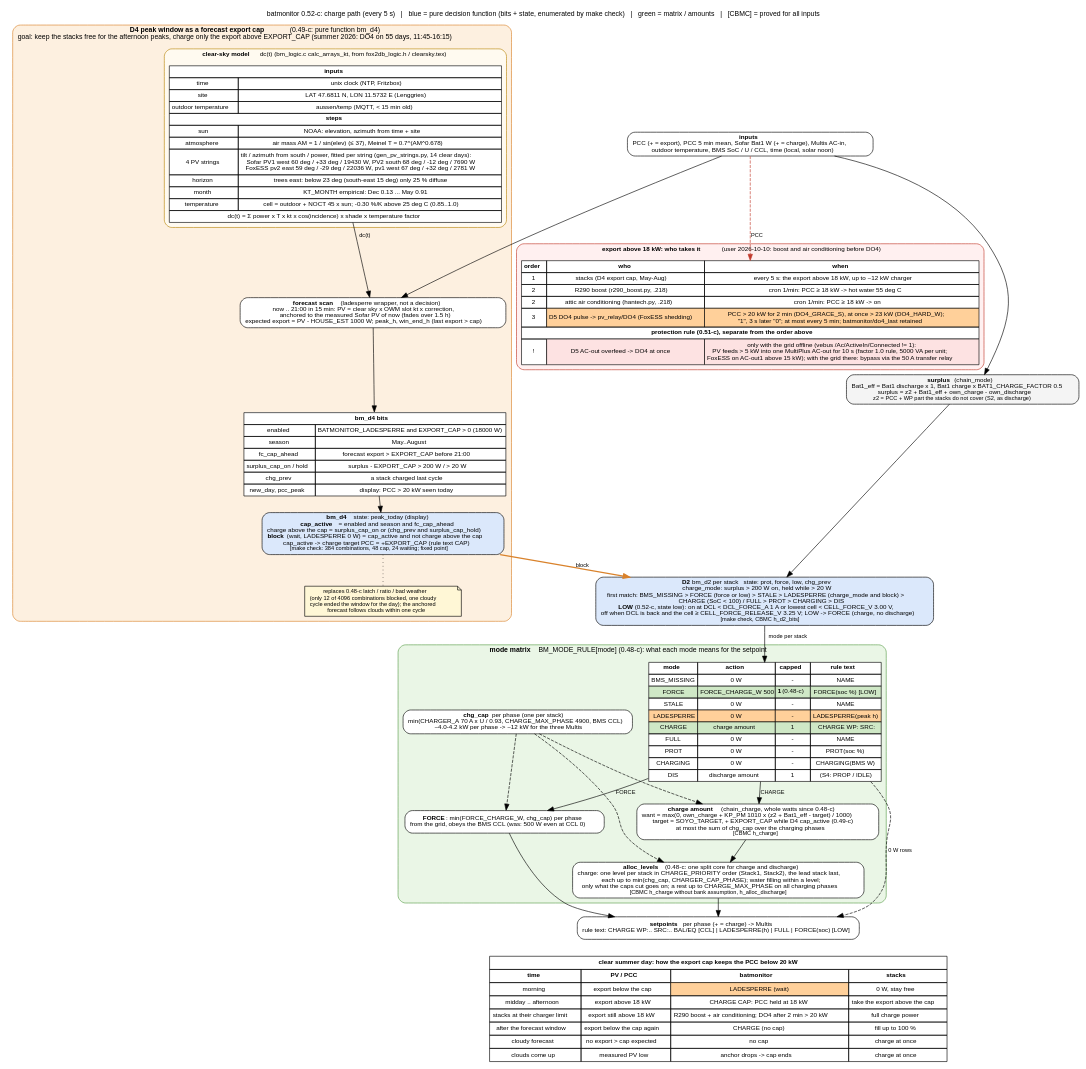
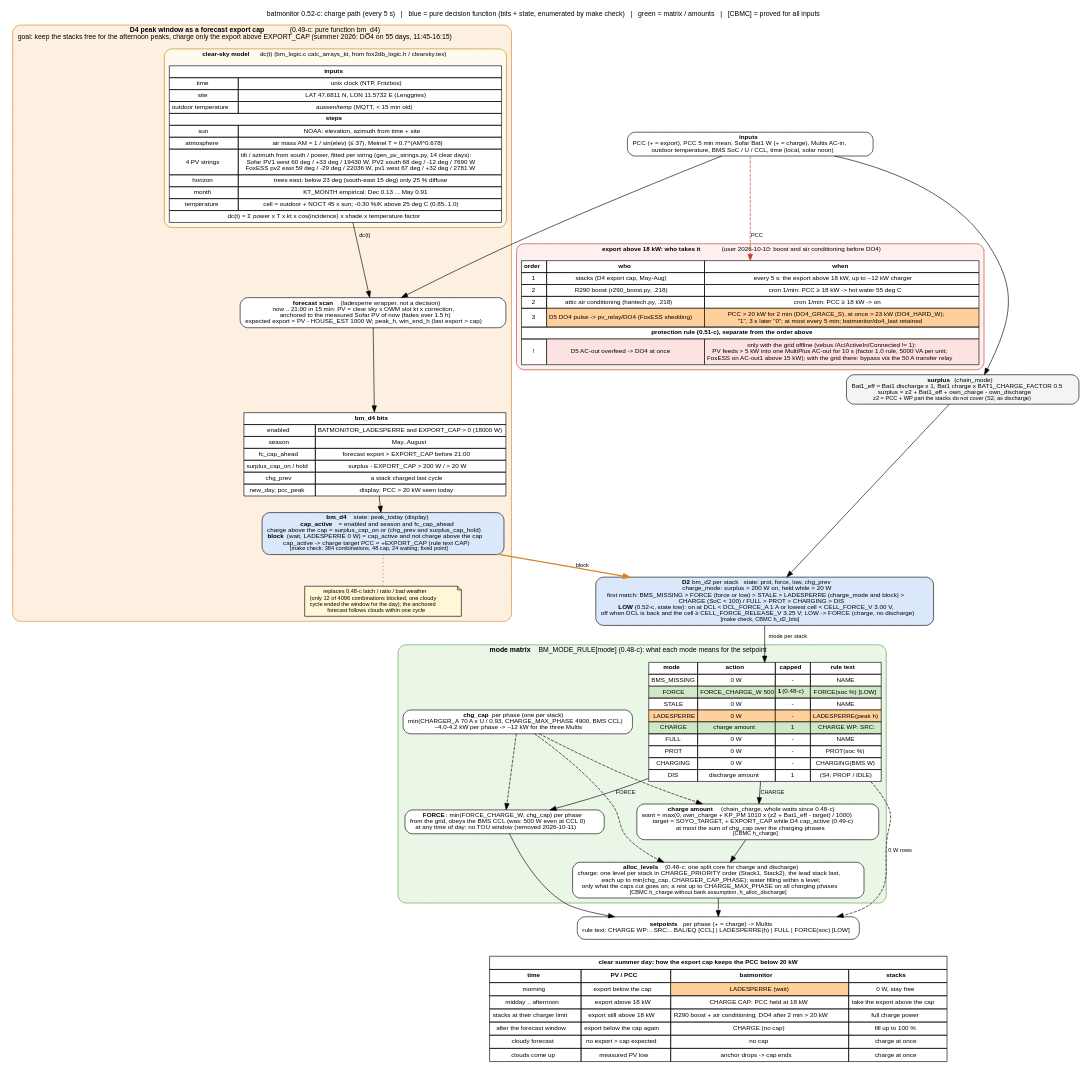
The diagram in docs/charge_flow.dot (gerontec/victron), drawn with Graphviz before and after one commit. The commit also changed 7 other files, not shown here.

First line of the commit message:
dbus-ebox-battery 1.4: forced grid charge (ChargeRequest) at any time, the 11-13 h window removed; charts redrawn

```diff
--- a/docs/charge_flow.dot
+++ b/docs/charge_flow.dot
@@ -1,123 +1,123 @@
 // batmonitor 0.52-c: charge path of one cycle as decision matrices, with the summer peak window (D4 LADESPERRE)
 // that keeps the stacks free in the morning so they take the midday PV and the PCC export stays below 20 kW.
 // render: dot -Tpdf charge_flow.dot -o charge_flow.pdf   (or -Tpng)
 digraph charge {
 	graph [rankdir=TB, fontname="Helvetica", fontsize=11, nodesep=0.35, ranksep=0.35, newrank=true,
 		   label="batmonitor 0.52-c: charge path (every 5 s)   |   blue = pure decision function (bits + state, enumerated by make check)   |   green = matrix / amounts   |   [CBMC] = proved for all inputs",
 		   labelloc=t];
 	node [shape=box, style="rounded,filled", fillcolor="#f4f4f4", fontname="Helvetica", fontsize=10];
 	edge [fontname="Helvetica", fontsize=9];
 
 	in [label=<<b>inputs</b><br/>PCC (+ = export), PCC 5 min mean, Sofar Bat1 W (+ = charge), Multis AC-in,<br/>outdoor temperature, BMS SoC / U / CCL, time (local, solar noon)>, fillcolor="#ffffff"];
 
 	surplus [label=<<b>surplus</b> (chain_mode)<br/>Bat1_eff = Bat1 discharge x 1, Bat1 charge x BAT1_CHARGE_FACTOR 0.5<br/>surplus = z2 + Bat1_eff + own_charge - own_discharge<br/><font point-size="9">z2 = PCC + WP part the stacks do not cover (S2, as discharge)</font>>];
 
 	subgraph cluster_d4 {
 		label=<<b>D4 peak window as a forecast export cap</b> (0.49-c: pure function bm_d4)<br/>goal: keep the stacks free for the afternoon peaks, charge only the export above EXPORT_CAP (summer 2026: DO4 on 55 days, 11:45-16:15)>;
 		style="rounded,filled"; fillcolor="#fdf0e0"; color="#d9822b"; fontsize=11;
 		subgraph cluster_sky {
 			label=<<b>clear-sky model</b> dc(t) (bm_logic.c calc_arrays_kt, from fox2db_logic.h / clearsky.tex)>;
 			style="rounded,filled"; fillcolor="#fffaf0"; color="#b8860b"; fontsize=10;
 			sky [shape=plain, label=<
 				<table border="0" cellborder="1" cellspacing="0" cellpadding="3" bgcolor="#ffffff">
 				<tr><td colspan="2"><b>inputs</b></td></tr>
 				<tr><td>time</td><td>unix clock (NTP, Fritzbox)</td></tr>
 				<tr><td>site</td><td>LAT 47.6811 N, LON 11.5732 E (Lenggries)</td></tr>
 				<tr><td>outdoor temperature</td><td>aussen/temp (MQTT, &lt; 15 min old)</td></tr>
 				<tr><td colspan="2"><b>steps</b></td></tr>
 				<tr><td>sun</td><td>NOAA: elevation, azimuth from time + site</td></tr>
 				<tr><td>atmosphere</td><td>air mass AM = 1 / sin(elev) (&le; 37), Meinel T = 0.7^(AM^0.678)</td></tr>
 				<tr><td>4 PV strings</td><td>tilt / azimuth from south / power, fitted per string (gen_pv_strings.py, 14 clear days):<br/>Sofar PV1 west 60 deg / +33 deg / 19430 W, PV2 south 68 deg / -12 deg / 7690 W<br/>FoxESS pv2 east 59 deg / -29 deg / 22036 W, pv1 west 67 deg / +32 deg / 2781 W</td></tr>
 				<tr><td>horizon</td><td>trees east: below 23 deg (south-east 15 deg) only 25 % diffuse</td></tr>
 				<tr><td>month</td><td>KT_MONTH empirical: Dec 0.13 ... May 0.91</td></tr>
 				<tr><td>temperature</td><td>cell = outdoor + NOCT 45 x sun; -0.30 %/K above 25 deg C (0.85..1.0)</td></tr>
 				<tr><td colspan="2">dc(t) = &Sigma; power x T x kt x cos(incidence) x shade x temperature factor</td></tr>
 				</table>>];
 		}
 		model [label=<<b>forecast scan</b> (ladesperre wrapper, not a decision)<br/>now .. 21:00 in 15 min: PV = clear sky x OWM slot kt x correction,<br/>anchored to the measured Sofar PV of now (fades over 1.5 h)<br/>expected export = PV - HOUSE_EST 1000 W; peak_h, win_end_h (last export &gt; cap)>, fillcolor="#ffffff"];
 		sky -> model [label=" dc(t)"];
 		d4bits [shape=plain, label=<
 			<table border="0" cellborder="1" cellspacing="0" cellpadding="3" bgcolor="#ffffff">
 			<tr><td colspan="2"><b>bm_d4 bits</b></td></tr>
 			<tr><td>enabled</td><td>BATMONITOR_LADESPERRE and EXPORT_CAP &gt; 0 (18000 W)</td></tr>
 			<tr><td>season</td><td>May..August</td></tr>
 			<tr><td>fc_cap_ahead</td><td>forecast export &gt; EXPORT_CAP before 21:00</td></tr>
 			<tr><td>surplus_cap_on / hold</td><td>surplus - EXPORT_CAP &gt; 200 W / &gt; 20 W</td></tr>
 			<tr><td>chg_prev</td><td>a stack charged last cycle</td></tr>
 			<tr><td>new_day, pcc_peak</td><td>display: PCC &gt; 20 kW seen today</td></tr>
 			</table>>];
 		d4 [label=<<b>bm_d4</b>   state: peak_today (display)<br/><b>cap_active</b> = enabled and season and fc_cap_ahead<br/>charge above the cap = surplus_cap_on or (chg_prev and surplus_cap_hold)<br/><b>block</b> (wait, LADESPERRE 0 W) = cap_active and not charge above the cap<br/>cap_active -&gt; charge target PCC = +EXPORT_CAP (rule text CAP)<br/><font point-size="9">[make check: 384 combinations, 48 cap, 24 waiting; fixed point]</font>>, fillcolor="#dbe8fb"];
 		note_ls [shape=note, fillcolor="#fff7d6", fontsize=9, label=<replaces 0.48-c latch / ratio / bad weather<br/>(only 12 of 4096 combinations blocked, one cloudy<br/>cycle ended the window for the day); the anchored<br/>forecast follows clouds within one cycle>];
 		model -> d4bits -> d4;
 		d4 -> note_ls [style=dotted, arrowhead=none];
 	}
 
 	d2 [label=<<b>D2</b> bm_d2 per stack   state: prot, force, low, chg_prev<br/>charge_mode: surplus &gt; 200 W on, held while &gt; 20 W<br/>first match: BMS_MISSING &gt; FORCE (force or low) &gt; STALE &gt; LADESPERRE (charge_mode and block) &gt;<br/>CHARGE (SoC &lt; 100) / FULL &gt; PROT &gt; CHARGING &gt; DIS<br/><b>LOW</b> (0.52-c, state low): on at DCL &lt; DCL_FORCE_A 1 A or lowest cell &lt; CELL_FORCE_V 3.00 V,<br/>off when DCL is back and the cell &ge; CELL_FORCE_RELEASE_V 3.25 V; LOW -&gt; FORCE (charge, no discharge)<br/><font point-size="9">[make check, CBMC h_d2_bits]</font>>, fillcolor="#dbe8fb"];
 
 	subgraph cluster_mode {
 		label=<<b>mode matrix</b> BM_MODE_RULE[mode] (0.48-c): what each mode means for the setpoint>;
 		style="rounded,filled"; fillcolor="#eaf6e6"; color="#5a9e4b"; fontsize=11;
 		mrule [shape=plain, label=<
 			<table border="0" cellborder="1" cellspacing="0" cellpadding="3" bgcolor="#ffffff">
 			<tr><td><b>mode</b></td><td><b>action</b></td><td><b>capped</b></td><td><b>rule text</b></td></tr>
 			<tr><td>BMS_MISSING</td><td>0 W</td><td>-</td><td>NAME</td></tr>
 			<tr><td bgcolor="#cfe8c6">FORCE</td><td bgcolor="#cfe8c6">FORCE_CHARGE_W 500</td><td bgcolor="#cfe8c6"><b>1</b> (0.48-c)</td><td bgcolor="#cfe8c6">FORCE(soc %) [LOW]</td></tr>
 			<tr><td>STALE</td><td>0 W</td><td>-</td><td>NAME</td></tr>
 			<tr><td bgcolor="#ffd09a">LADESPERRE</td><td bgcolor="#ffd09a">0 W</td><td bgcolor="#ffd09a">-</td><td bgcolor="#ffd09a">LADESPERRE(peak h)</td></tr>
 			<tr><td bgcolor="#cfe8c6">CHARGE</td><td bgcolor="#cfe8c6">charge amount</td><td bgcolor="#cfe8c6">1</td><td bgcolor="#cfe8c6">CHARGE WP: SRC:</td></tr>
 			<tr><td>FULL</td><td>0 W</td><td>-</td><td>NAME</td></tr>
 			<tr><td>PROT</td><td>0 W</td><td>-</td><td>PROT(soc %)</td></tr>
 			<tr><td>CHARGING</td><td>0 W</td><td>-</td><td>CHARGING(BMS W)</td></tr>
 			<tr><td>DIS</td><td>discharge amount</td><td>1</td><td>(S4: PROP / IDLE)</td></tr>
 			</table>>];
-		force [label=<<b>FORCE</b>: min(FORCE_CHARGE_W, chg_cap) per phase<br/>from the grid, obeys the BMS CCL (was: 500 W even at CCL 0)>, fillcolor="#ffffff"];
+		force [label=<<b>FORCE</b>: min(FORCE_CHARGE_W, chg_cap) per phase<br/>from the grid, obeys the BMS CCL (was: 500 W even at CCL 0)<br/>at any time of day: no TOU window (removed 2026-10-11)>, fillcolor="#ffffff"];
 		amount [label=<<b>charge amount</b> (chain_charge, whole watts since 0.48-c)<br/>want = max(0, own_charge + KP_PM 1010 x (z2 + Bat1_eff - target) / 1000)<br/>target = SOYO_TARGET, + EXPORT_CAP while D4 cap_active (0.49-c)<br/>at most the sum of chg_cap over the charging phases<br/><font point-size="9">[CBMC h_charge]</font>>, fillcolor="#ffffff"];
 		caps [label=<<b>chg_cap</b> per phase (one per stack)<br/>min(CHARGER_A 70 A x U / 0.93, CHARGE_MAX_PHASE 4900, BMS CCL)<br/>~4.0-4.2 kW per phase -&gt; ~12 kW for the three Multis>, fillcolor="#ffffff"];
 		alloc [label=<<b>alloc_levels</b> (0.48-c: one split core for charge and discharge)<br/>charge: one level per stack in CHARGE_PRIORITY order (Stack1, Stack2), the lead stack last,<br/>each up to min(chg_cap, CHARGER_CAP_PHASE); water filling within a level;<br/>only what the caps cut goes on; a rest up to CHARGE_MAX_PHASE on all charging phases<br/><font point-size="9">[CBMC h_charge without bank assumption, h_alloc_discharge]</font>>, fillcolor="#ffffff"];
 		mrule -> force [label=" FORCE"];
 		mrule -> amount [label=" CHARGE"];
 		caps -> amount [style=dashed];
 		caps -> alloc [style=dashed];
 		caps -> force [style=dashed];
 		amount -> alloc;
 	}
 
 	subgraph cluster_prio {
 		label=<<b>export above 18 kW: who takes it</b> (user 2026-10-10: boost and air conditioning before DO4)>;
 		style="rounded,filled"; fillcolor="#fff0f0"; color="#c0392b"; fontsize=10;
 		prio [shape=plain, label=<
 			<table border="0" cellborder="1" cellspacing="0" cellpadding="3" bgcolor="#ffffff">
 			<tr><td><b>order</b></td><td><b>who</b></td><td><b>when</b></td></tr>
 			<tr><td>1</td><td>stacks (D4 export cap, May-Aug)</td><td>every 5 s: the export above 18 kW, up to ~12 kW charger</td></tr>
 			<tr><td>2</td><td>R290 boost (r290_boost.py, .218)</td><td>cron 1/min: PCC &ge; 18 kW -&gt; hot water 55 deg C</td></tr>
 			<tr><td>2</td><td>attic air conditioning (hantech.py, .218)</td><td>cron 1/min: PCC &ge; 18 kW -&gt; on</td></tr>
 			<tr><td>3</td><td bgcolor="#ffd09a">D5 DO4 pulse -&gt; pv_relay/DO4 (FoxESS shedding)</td><td bgcolor="#ffd09a">PCC &gt; 20 kW for 2 min (DO4_GRACE_S), at once &gt; 23 kW (DO4_HARD_W);<br/>"1", 3 s later "0"; at most every 5 min; batmonitor/do4_last retained</td></tr>
 			<tr><td colspan="3"><b>protection rule (0.51-c), separate from the order above</b></td></tr>
 			<tr><td>!</td><td bgcolor="#fde2e2">D5 AC-out overfeed -&gt; DO4 at once</td><td bgcolor="#fde2e2">only with the grid offline (vebus /Ac/ActiveIn/Connected != 1):<br/>PV feeds &gt; 5 kW into one MultiPlus AC-out for 10 s (factor 1.0 rule, 5000 VA per unit;<br/>FoxESS on AC-out1 above 15 kW); with the grid there: bypass via the 50 A transfer relay</td></tr>
 			</table>>];
 	}
 
 	out [label=<<b>setpoints</b> per phase (+ = charge) -&gt; Multis<br/>rule text: CHARGE WP:.. SRC:.. BAL/EQ [CCL] | LADESPERRE(h) | FULL | FORCE(soc) [LOW]>, fillcolor="#ffffff"];
 
 	timeline [shape=plain, label=<
 		<table border="0" cellborder="1" cellspacing="0" cellpadding="4" bgcolor="#ffffff">
 		<tr><td colspan="4"><b>clear summer day: how the export cap keeps the PCC below 20 kW</b></td></tr>
 		<tr><td><b>time</b></td><td><b>PV / PCC</b></td><td><b>batmonitor</b></td><td><b>stacks</b></td></tr>
 		<tr><td>morning</td><td>export below the cap</td><td bgcolor="#ffd09a">LADESPERRE (wait)</td><td>0 W, stay free</td></tr>
 		<tr><td>midday .. afternoon</td><td>export above 18 kW</td><td>CHARGE CAP: PCC held at 18 kW</td><td>take the export above the cap</td></tr>
 		<tr><td>stacks at their charger limit</td><td>export still above 18 kW</td><td>R290 boost + air conditioning; DO4 after 2 min &gt; 20 kW</td><td>full charge power</td></tr>
 		<tr><td>after the forecast window</td><td>export below the cap again</td><td>CHARGE (no cap)</td><td>fill up to 100 %</td></tr>
 		<tr><td>cloudy forecast</td><td>no export &gt; cap expected</td><td>no cap</td><td>charge at once</td></tr>
 		<tr><td>clouds come up</td><td>measured PV low</td><td>anchor drops -&gt; cap ends</td><td>charge at once</td></tr>
 		</table>>];
 
 	in -> surplus -> d2;
 	in -> model;
 	in -> prio [style=dashed, label=" PCC", color="#c0392b"];
 	d4 -> d2 [color="#d9822b", penwidth=2, label=" block"];
 	d2 -> mrule [label=" mode per stack"];
 	force -> out;
 	alloc -> out;
 	mrule -> out [label=" 0 W rows", style=dashed];
 	out -> timeline [style=invis];
 }
```
